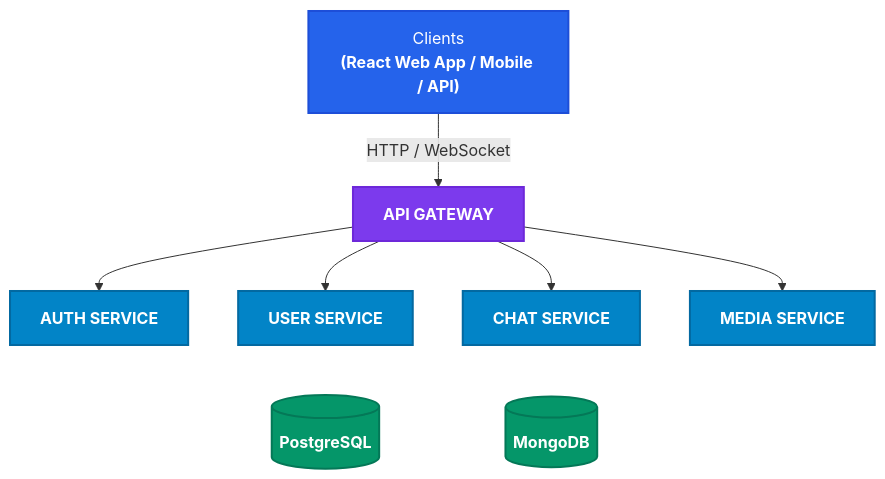
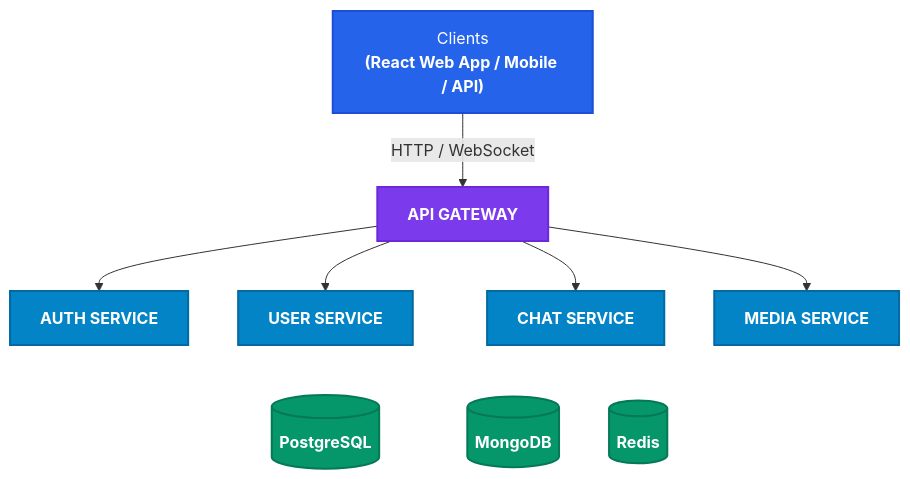
The diagram in docs/ARCHITECTURE.md (v-sinha9004/chat-portal), drawn with Mermaid before and after one commit.

Commit message:
chore: add redis in draft hld architecture

````diff
--- a/docs/ARCHITECTURE.md
+++ b/docs/ARCHITECTURE.md
@@ -5,29 +5,31 @@
 ```mermaid
 flowchart TD
     classDef client fill:#2563eb,stroke:#1d4ed8,stroke-width:2px,color:#fff;
     classDef gateway fill:#7c3aed,stroke:#6d28d9,stroke-width:2px,color:#fff;
     classDef service fill:#0284c7,stroke:#0369a1,stroke-width:2px,color:#fff;
     classDef storage fill:#059669,stroke:#047857,stroke-width:2px,color:#fff;
 
     CLIENTS["Clients<br/><b>(React Web App / Mobile / API)</b>"]:::client
 
     GATEWAY["<b>API GATEWAY</b>"]:::gateway
 
     AUTH["<b>AUTH SERVICE</b>"]:::service
     USER["<b>USER SERVICE</b>"]:::service
     CHAT["<b>CHAT SERVICE</b>"]:::service
     MEDIA["<b>MEDIA SERVICE</b>"]:::service
 
     POSTGRES[("<b>PostgreSQL</b>")]:::storage
     MONGO[("<b>MongoDB</b>")]:::storage
+    REDIS[("<b>Redis</b>")]:::storage
 
     CLIENTS -->|HTTP / WebSocket| GATEWAY
 
     GATEWAY --> AUTH
     GATEWAY --> USER
     GATEWAY --> CHAT
     GATEWAY --> MEDIA
 
     USER ~~~ POSTGRES
     CHAT ~~~ MONGO
+    CHAT ~~~ REDIS
 ```
````
